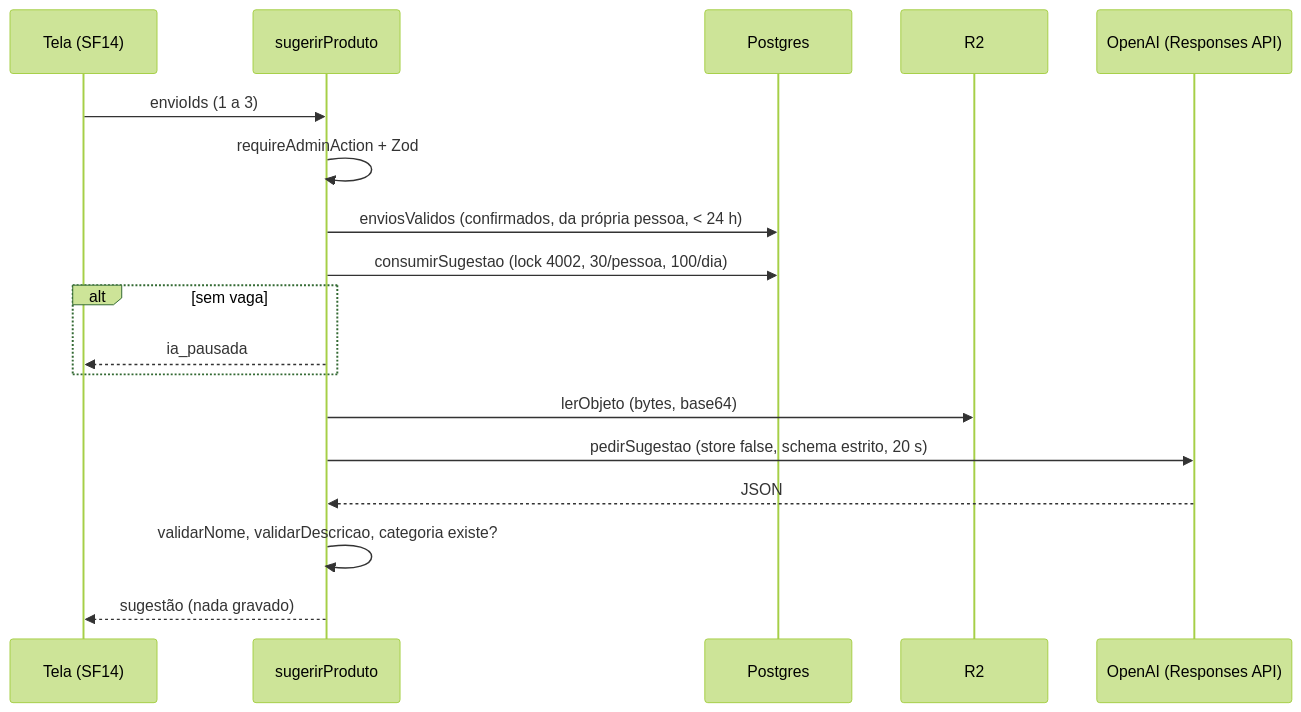
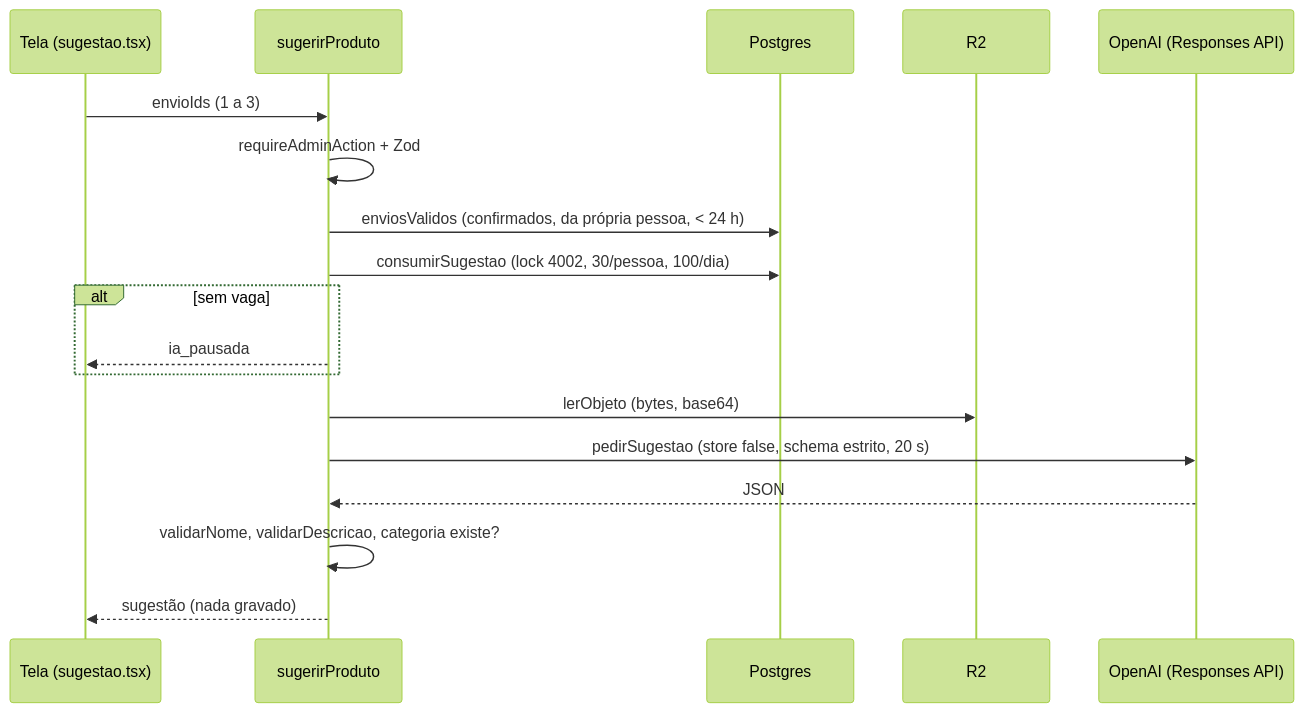
The sixth of 6 diagrams in docs/features/F04-fotos.md (Willsmt/roseshop), drawn with Mermaid (forest theme) before and after one commit. The commit also changed other lines of this file and 4 other files, not shown here.

````diff
--- a/docs/features/F04-fotos.md
+++ b/docs/features/F04-fotos.md
@@ -413,20 +415,20 @@
 ```mermaid
 sequenceDiagram
-  participant T as Tela (SF14)
+  participant T as Tela (sugestao.tsx)
   participant A as sugerirProduto
   participant DB as Postgres
   participant R as R2
   participant O as OpenAI (Responses API)
   T->>A: envioIds (1 a 3)
   A->>A: requireAdminAction + Zod
   A->>DB: enviosValidos (confirmados, da própria pessoa, < 24 h)
   A->>DB: consumirSugestao (lock 4002, 30/pessoa, 100/dia)
   alt sem vaga
     A-->>T: ia_pausada
   end
   A->>R: lerObjeto (bytes, base64)
   A->>O: pedirSugestao (store false, schema estrito, 20 s)
   O-->>A: JSON
   A->>A: validarNome, validarDescricao, categoria existe?
   A-->>T: sugestão (nada gravado)
 ```
````
